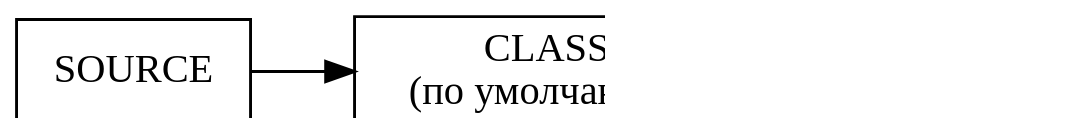
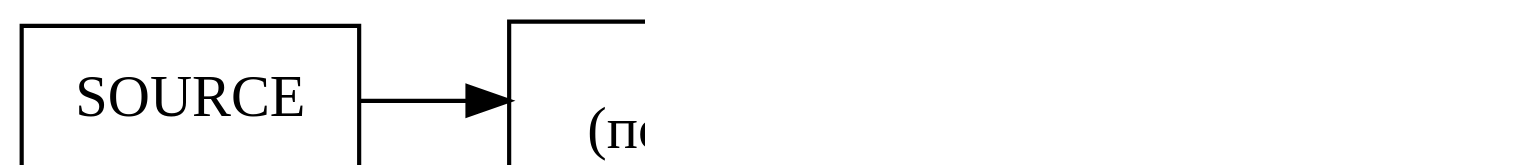
One commit to inponomarev/java-mipt changed the first of 4 diagrams in slides11/src/main/asciidoc/lecture.adoc. Above: the diagram before and after it, drawn with Graphviz. The commit also changed other lines of this file, not shown here.

```diff
--- a/slides11/src/main/asciidoc/lecture.adoc
+++ b/slides11/src/main/asciidoc/lecture.adoc
@@ -430,11 +428,11 @@
 [graphviz,"retention.png"]
 ----
 digraph G {
-graph [ dpi = 150 ];
+graph [ dpi = 180 ];
 rankdir="LR";
 node[shape=box];
 SOURCE -> CLASS;
 CLASS -> RUNTIME;
 CLASS[label="CLASS\n(по умолчанию)"]
 }
 ----
```
